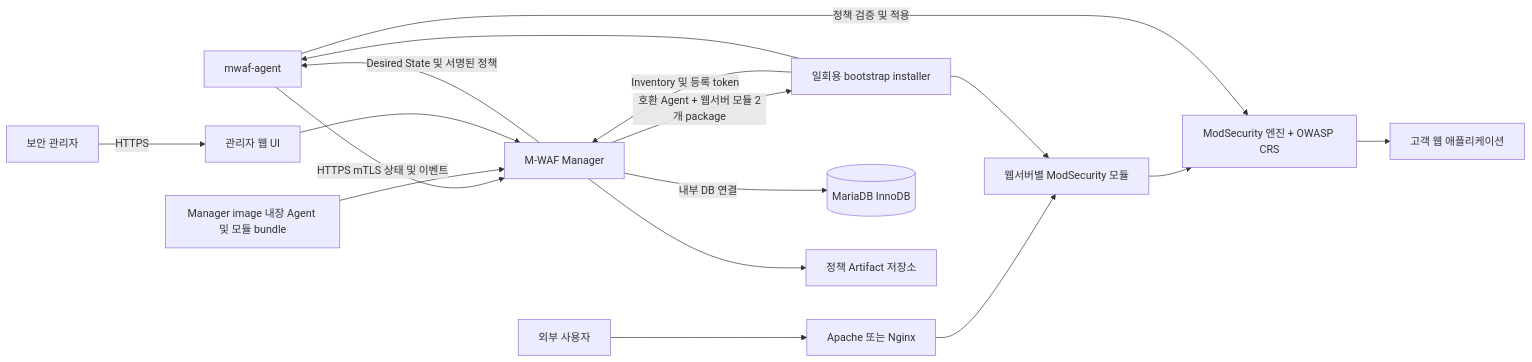
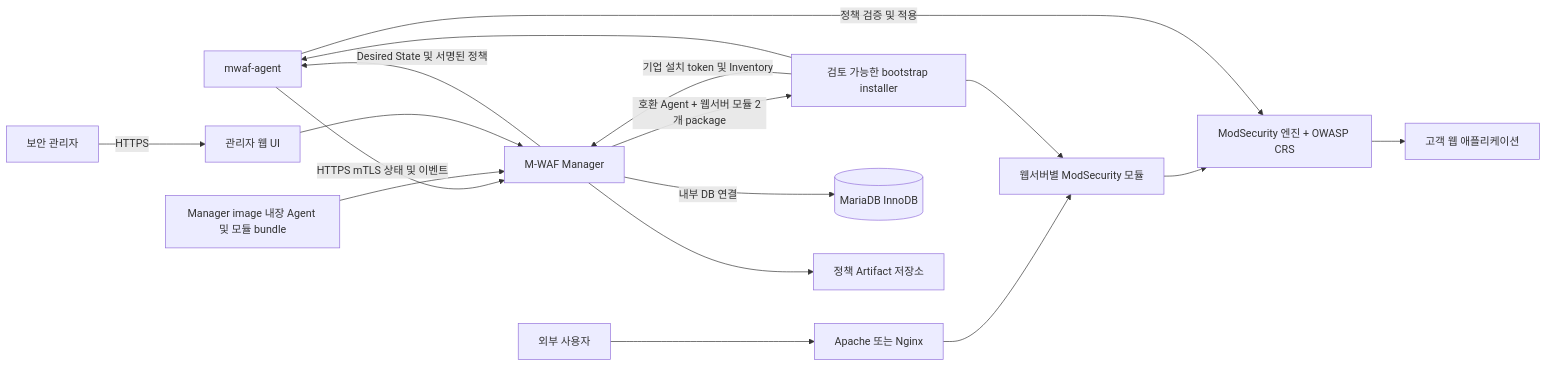
One commit to Fhwang0926/m-waf changed the diagram in docs/todo/2026-08-06-m-waf-development-plan.md. Above: the diagram before and after it, drawn with Mermaid. The commit also changed other lines of this file and 25 other files, not shown here.

````diff
--- a/docs/todo/2026-08-06-m-waf-development-plan.md
+++ b/docs/todo/2026-08-06-m-waf-development-plan.md
@@ -281,22 +281,22 @@
 ```mermaid
 flowchart LR
     Client[외부 사용자] --> WebServer[Apache 또는 Nginx]
     WebServer --> Module[웹서버별 ModSecurity 모듈]
     Module --> Engine[ModSecurity 엔진 + OWASP CRS]
     Engine --> App[고객 웹 애플리케이션]
 
     Agent[mwaf-agent] -->|HTTPS mTLS 상태 및 이벤트| Manager[M-WAF Manager]
     Manager -->|Desired State 및 서명된 정책| Agent
     Agent -->|정책 검증 및 적용| Engine
 
     Bundle[Manager image 내장 Agent 및 모듈 bundle] --> Manager
-    Installer[일회용 bootstrap installer] -->|Inventory 및 등록 token| Manager
+    Installer[검토 가능한 bootstrap installer] -->|기업 설치 token 및 Inventory| Manager
     Manager -->|호환 Agent + 웹서버 모듈 2개 package| Installer
     Installer --> Agent
     Installer --> Module
 
     Admin[보안 관리자] -->|HTTPS| UI[관리자 웹 UI]
     UI --> Manager
     Manager -->|내부 DB 연결| DB[(MariaDB InnoDB)]
     Manager --> Artifacts[정책 Artifact 저장소]
 ```
````
